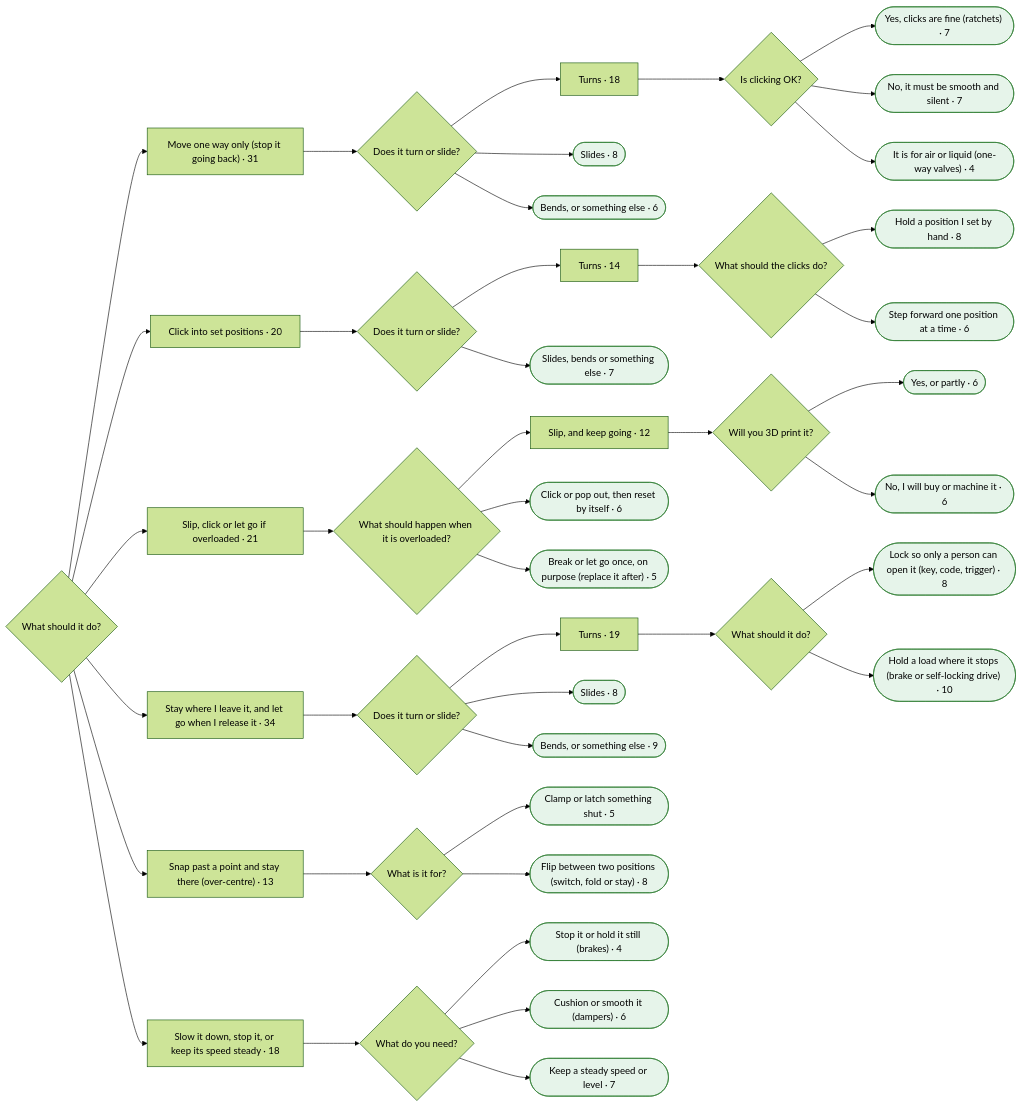
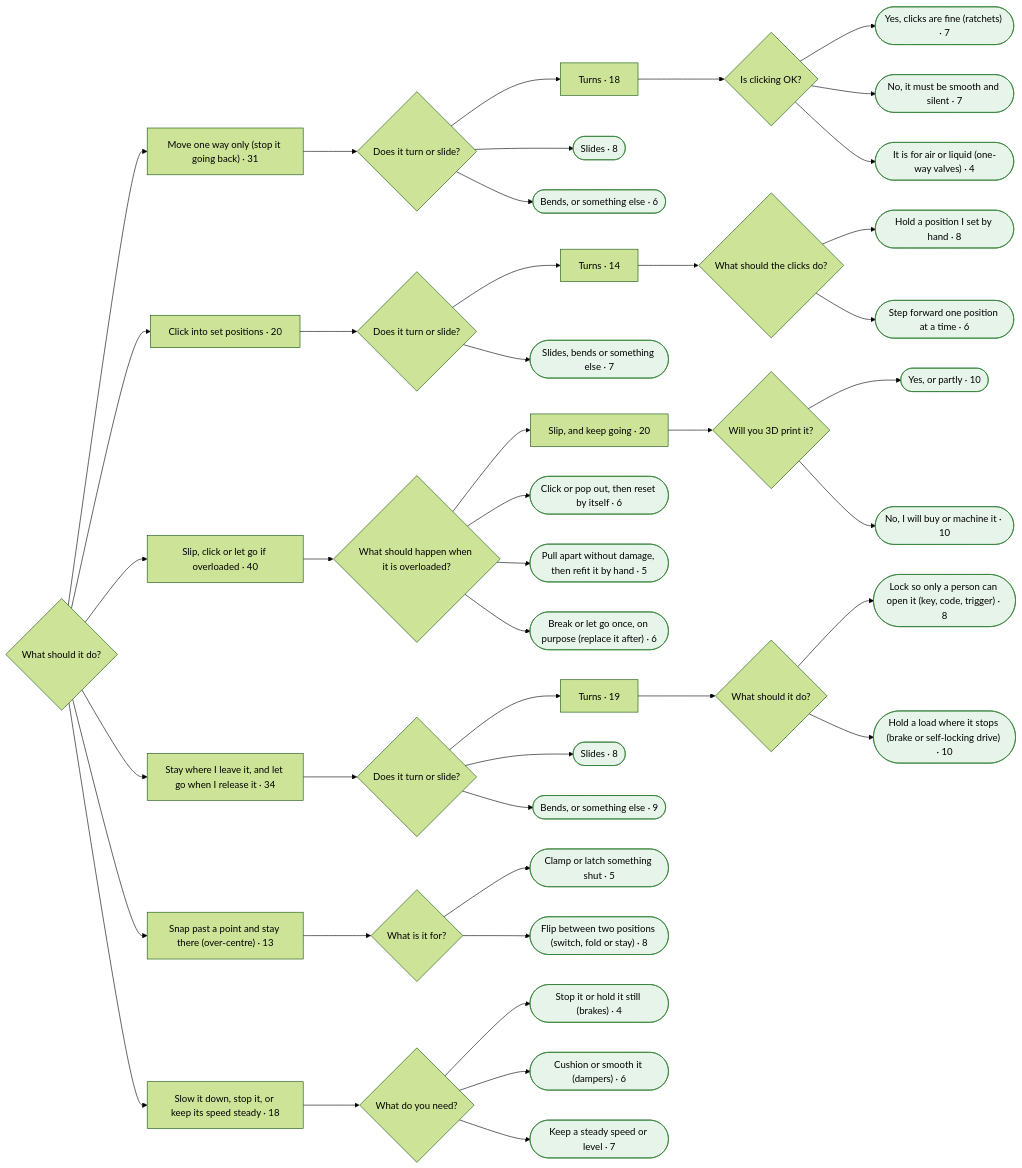
One commit to smileymcfrown/EncyclopediaOfConnections changed the fifth of 11 diagrams in research/finder-test/mermaid.md. Above: the diagram before and after it, drawn with Mermaid (forest theme). The commit also changed other lines of this file and 111 other files, not shown here.

````diff
--- a/research/finder-test/mermaid.md
+++ b/research/finder-test/mermaid.md
@@ -639,69 +639,72 @@
   a234(["Slides, bends or something else · 7"])
   q229 --> a234
   class a234 leaf
-  a235["Slip, click or let go if overloaded · 21"]
+  a235["Slip, click or let go if overloaded · 40"]
   q218 --> a235
   q236{"What should happen when it is overloaded?"}
   a235 --> q236
-  a237["Slip, and keep going · 12"]
+  a237["Slip, and keep going · 20"]
   q236 --> a237
   q238{"Will you 3D print it?"}
   a237 --> q238
-  a239(["Yes, or partly · 6"])
+  a239(["Yes, or partly · 10"])
   q238 --> a239
   class a239 leaf
-  a240(["No, I will buy or machine it · 6"])
+  a240(["No, I will buy or machine it · 10"])
   q238 --> a240
   class a240 leaf
   a241(["Click or pop out, then reset by itself · 6"])
   q236 --> a241
   class a241 leaf
-  a242(["Break or let go once, on purpose (replace it after) · 5"])
+  a242(["Pull apart without damage, then refit it by hand · 5"])
   q236 --> a242
   class a242 leaf
-  a243["Stay where I leave it, and let go when I release it · 34"]
-  q218 --> a243
-  q244{"Does it turn or slide?"}
-  a243 --> q244
-  a245["Turns · 19"]
-  q244 --> a245
-  q246{"What should it do?"}
-  a245 --> q246
-  a247(["Lock so only a person can open it (key, code, trigger) · 8"])
-  q246 --> a247
-  class a247 leaf
-  a248(["Hold a load where it stops (brake or self-locking drive) · 10"])
-  q246 --> a248
+  a243(["Break or let go once, on purpose (replace it after) · 6"])
+  q236 --> a243
+  class a243 leaf
+  a244["Stay where I leave it, and let go when I release it · 34"]
+  q218 --> a244
+  q245{"Does it turn or slide?"}
+  a244 --> q245
+  a246["Turns · 19"]
+  q245 --> a246
+  q247{"What should it do?"}
+  a246 --> q247
+  a248(["Lock so only a person can open it (key, code, trigger) · 8"])
+  q247 --> a248
   class a248 leaf
-  a249(["Slides · 8"])
-  q244 --> a249
+  a249(["Hold a load where it stops (brake or self-locking drive) · 10"])
+  q247 --> a249
   class a249 leaf
-  a250(["Bends, or something else · 9"])
-  q244 --> a250
+  a250(["Slides · 8"])
+  q245 --> a250
   class a250 leaf
-  a251["Snap past a point and stay there (over-centre) · 13"]
-  q218 --> a251
-  q252{"What is it for?"}
-  a251 --> q252
-  a253(["Clamp or latch something shut · 5"])
-  q252 --> a253
-  class a253 leaf
-  a254(["Flip between two positions (switch, fold or stay) · 8"])
-  q252 --> a254
+  a251(["Bends, or something else · 9"])
+  q245 --> a251
+  class a251 leaf
+  a252["Snap past a point and stay there (over-centre) · 13"]
+  q218 --> a252
+  q253{"What is it for?"}
+  a252 --> q253
+  a254(["Clamp or latch something shut · 5"])
+  q253 --> a254
   class a254 leaf
-  a255["Slow it down, stop it, or keep its speed steady · 18"]
-  q218 --> a255
-  q256{"What do you need?"}
-  a255 --> q256
-  a257(["Stop it or hold it still (brakes) · 4"])
-  q256 --> a257
-  class a257 leaf
-  a258(["Cushion or smooth it (dampers) · 6"])
-  q256 --> a258
+  a255(["Flip between two positions (switch, fold or stay) · 8"])
+  q253 --> a255
+  class a255 leaf
+  a256["Slow it down, stop it, or keep its speed steady · 18"]
+  q218 --> a256
+  q257{"What do you need?"}
+  a256 --> q257
+  a258(["Stop it or hold it still (brakes) · 4"])
+  q257 --> a258
   class a258 leaf
-  a259(["Keep a steady speed or level · 7"])
-  q256 --> a259
+  a259(["Cushion or smooth it (dampers) · 6"])
+  q257 --> a259
   class a259 leaf
+  a260(["Keep a steady speed or level · 7"])
+  q257 --> a260
+  class a260 leaf
   classDef leaf fill:#e6f4ea,stroke:#2e7d32
   classDef more fill:#fff4e5,stroke:#b26a00
 ```
````
